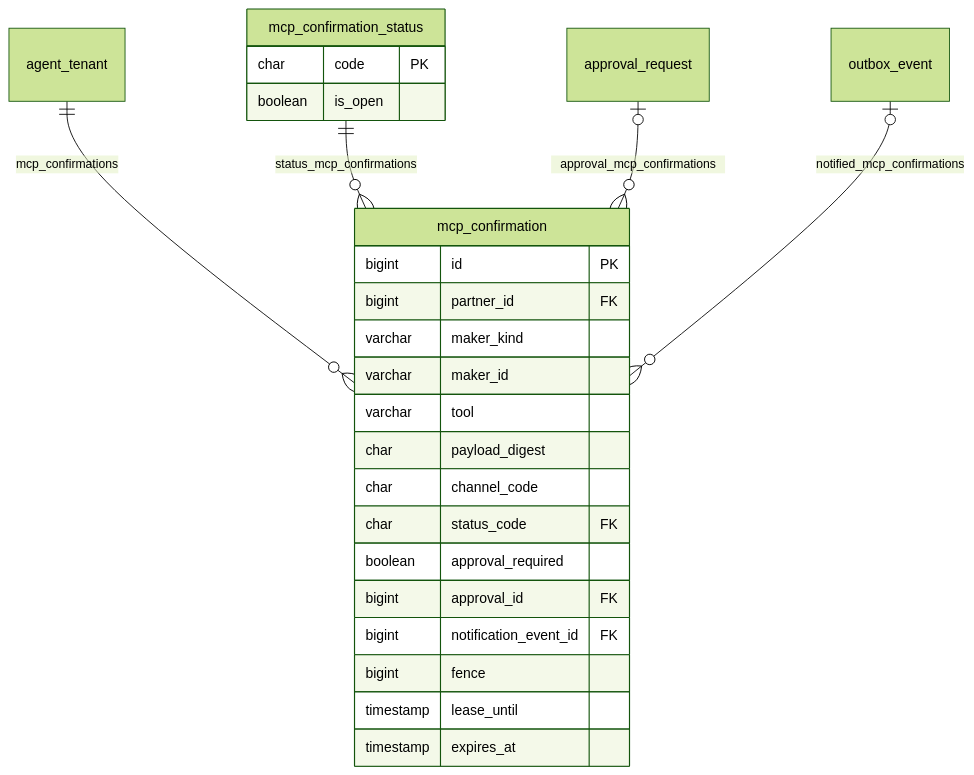
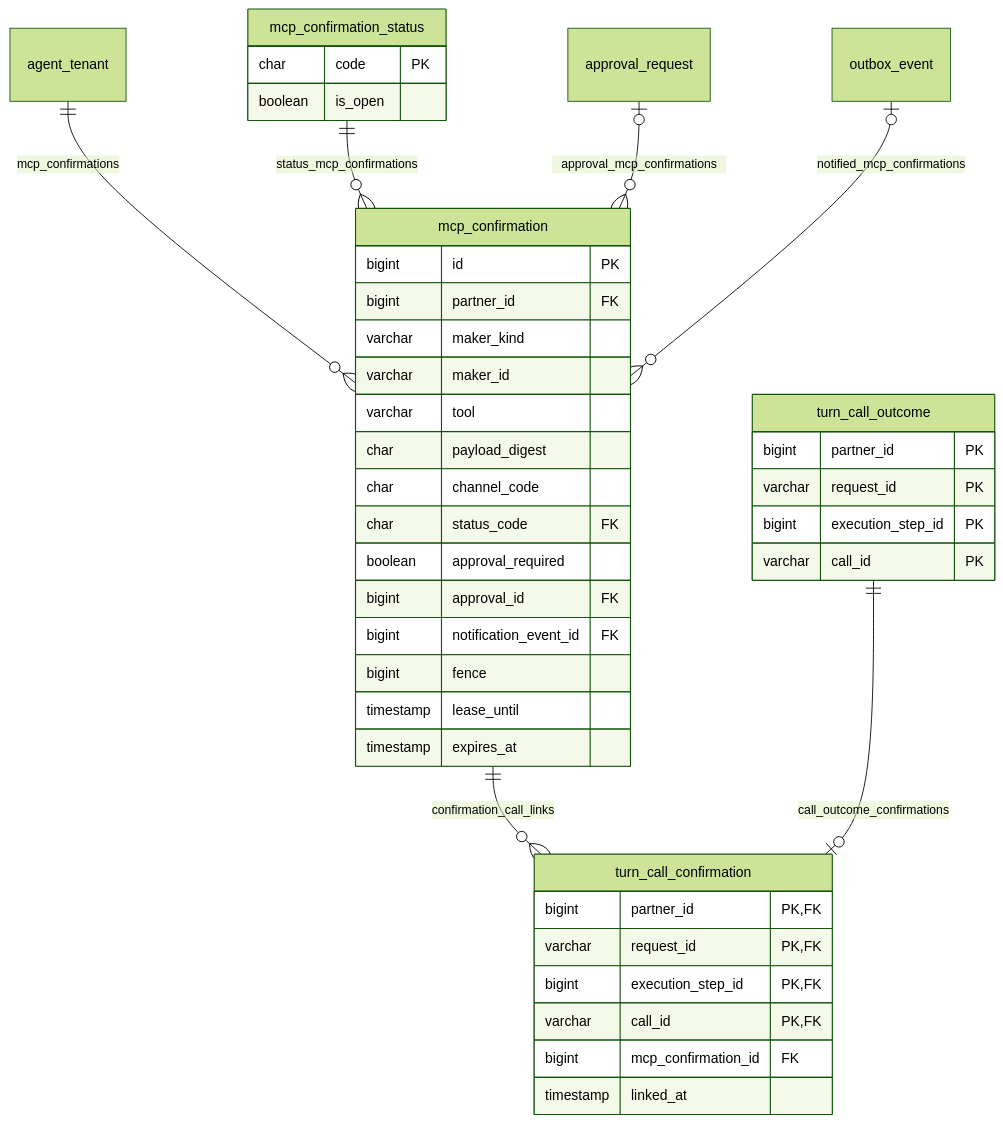
One commit to nauticana/scout changed diagram 13 of 21 in doc/database.md. Above: the diagram before and after it, drawn with Mermaid (forest theme). The commit also changed other lines of this file and 110 other files, not shown here.

````diff
--- a/doc/database.md
+++ b/doc/database.md
@@ -1314,28 +1329,44 @@
 ```mermaid
 erDiagram
     agent_tenant ||--o{ mcp_confirmation : mcp_confirmations
     mcp_confirmation_status ||--o{ mcp_confirmation : status_mcp_confirmations
     approval_request |o--o{ mcp_confirmation : approval_mcp_confirmations
     outbox_event |o--o{ mcp_confirmation : notified_mcp_confirmations
+    mcp_confirmation ||--o{ turn_call_confirmation : confirmation_call_links
+    turn_call_outcome ||--o| turn_call_confirmation : call_outcome_confirmations
 
+    turn_call_confirmation {
+        bigint partner_id PK,FK
+        varchar request_id PK,FK
+        bigint execution_step_id PK,FK
+        varchar call_id PK,FK
+        bigint mcp_confirmation_id FK
+        timestamp linked_at
+    }
+    turn_call_outcome {
+        bigint partner_id PK
+        varchar request_id PK
+        bigint execution_step_id PK
+        varchar call_id PK
+    }
     mcp_confirmation {
         bigint id PK
         bigint partner_id FK
         varchar maker_kind
         varchar maker_id
         varchar tool
         char payload_digest
         char channel_code
         char status_code FK
         boolean approval_required
         bigint approval_id FK
         bigint notification_event_id FK
         bigint fence
         timestamp lease_until
         timestamp expires_at
     }
     mcp_confirmation_status {
         char code PK
         boolean is_open
     }
 ```
````
